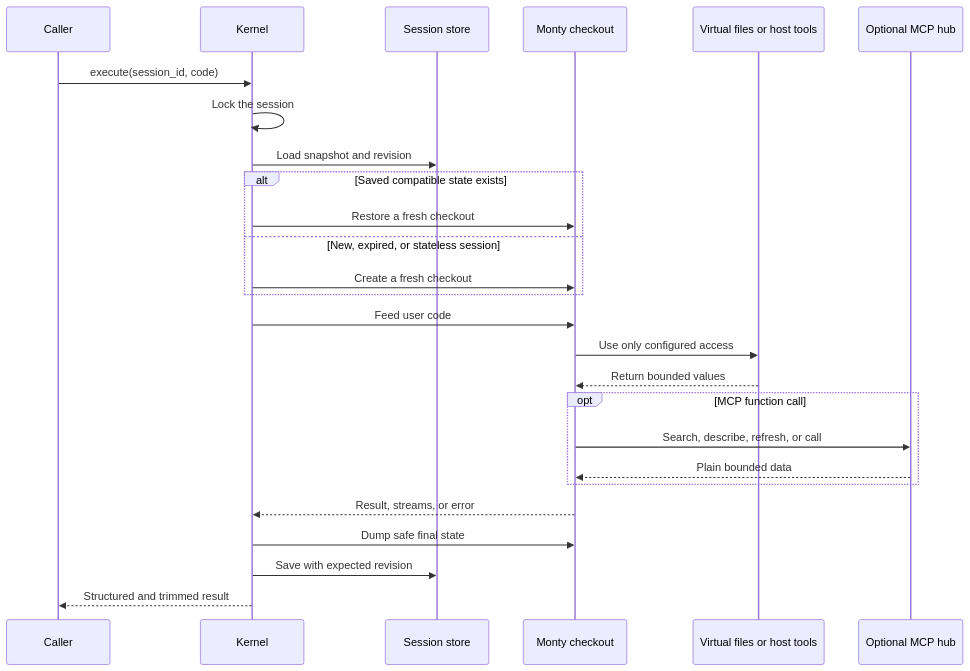
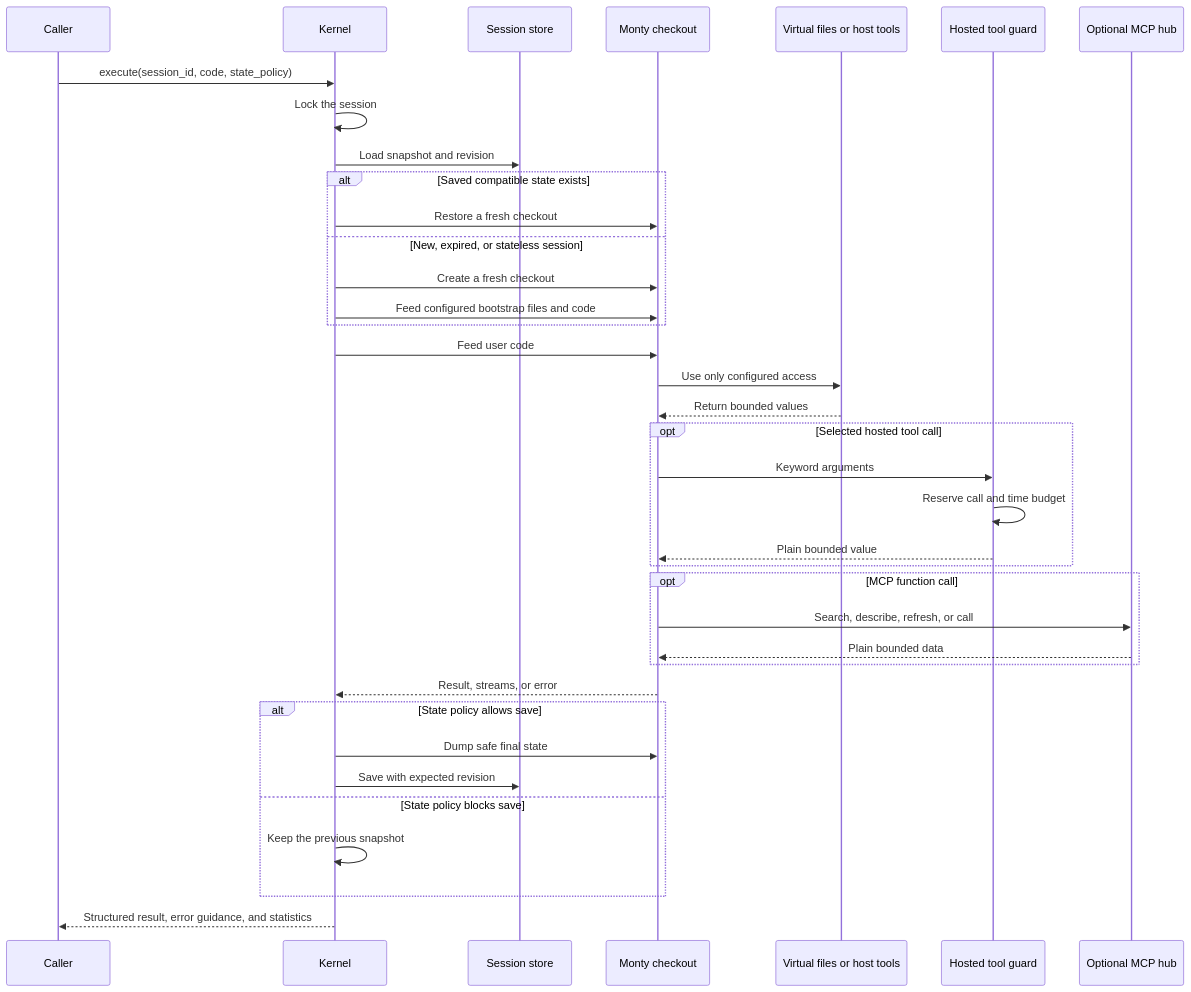
Before and after one commit to sgaseretto/arenero: the second of 6 diagrams in docs/architecture.md, drawn with Mermaid. The commit also changed other lines of this file and 46 other files, not shown here.

````diff
--- a/docs/architecture.md
+++ b/docs/architecture.md
@@ -79,29 +114,40 @@
 ```mermaid
 sequenceDiagram
     participant C as Caller
     participant K as Kernel
     participant S as Session store
     participant M as Monty checkout
     participant F as Virtual files or host tools
+    participant T as Hosted tool guard
     participant H as Optional MCP hub
 
-    C->>K: execute(session_id, code)
+    C->>K: execute(session_id, code, state_policy)
     K->>K: Lock the session
     K->>S: Load snapshot and revision
     alt Saved compatible state exists
         K->>M: Restore a fresh checkout
     else New, expired, or stateless session
         K->>M: Create a fresh checkout
+        K->>M: Feed configured bootstrap files and code
     end
     K->>M: Feed user code
     M->>F: Use only configured access
     F-->>M: Return bounded values
+    opt Selected hosted tool call
+        M->>T: Keyword arguments
+        T->>T: Reserve call and time budget
+        T-->>M: Plain bounded value
+    end
     opt MCP function call
         M->>H: Search, describe, refresh, or call
         H-->>M: Plain bounded data
     end
     M-->>K: Result, streams, or error
-    K->>M: Dump safe final state
-    K->>S: Save with expected revision
-    K-->>C: Structured and trimmed result
+    alt State policy allows save
+        K->>M: Dump safe final state
+        K->>S: Save with expected revision
+    else State policy blocks save
+        K->>K: Keep the previous snapshot
+    end
+    K-->>C: Structured result, error guidance, and statistics
 ```
````
